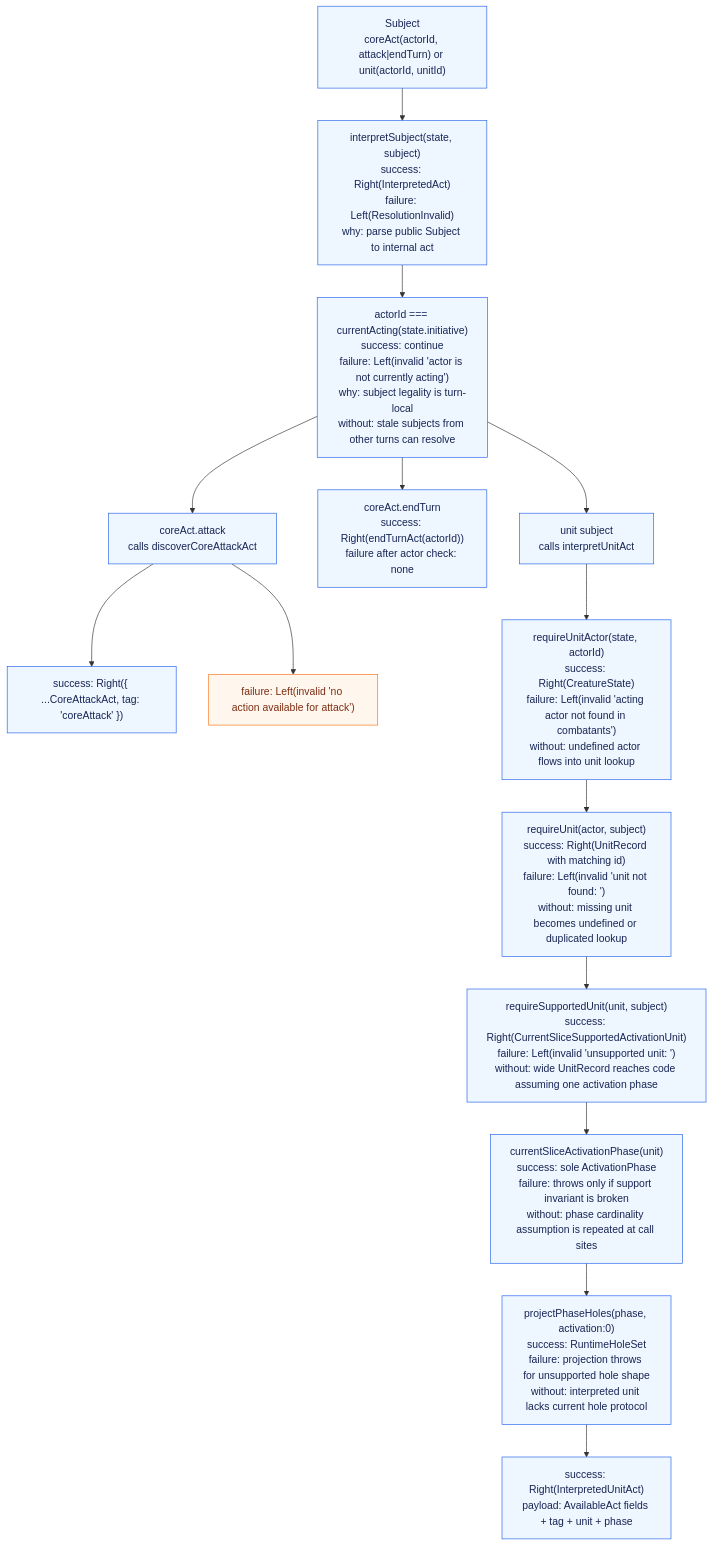
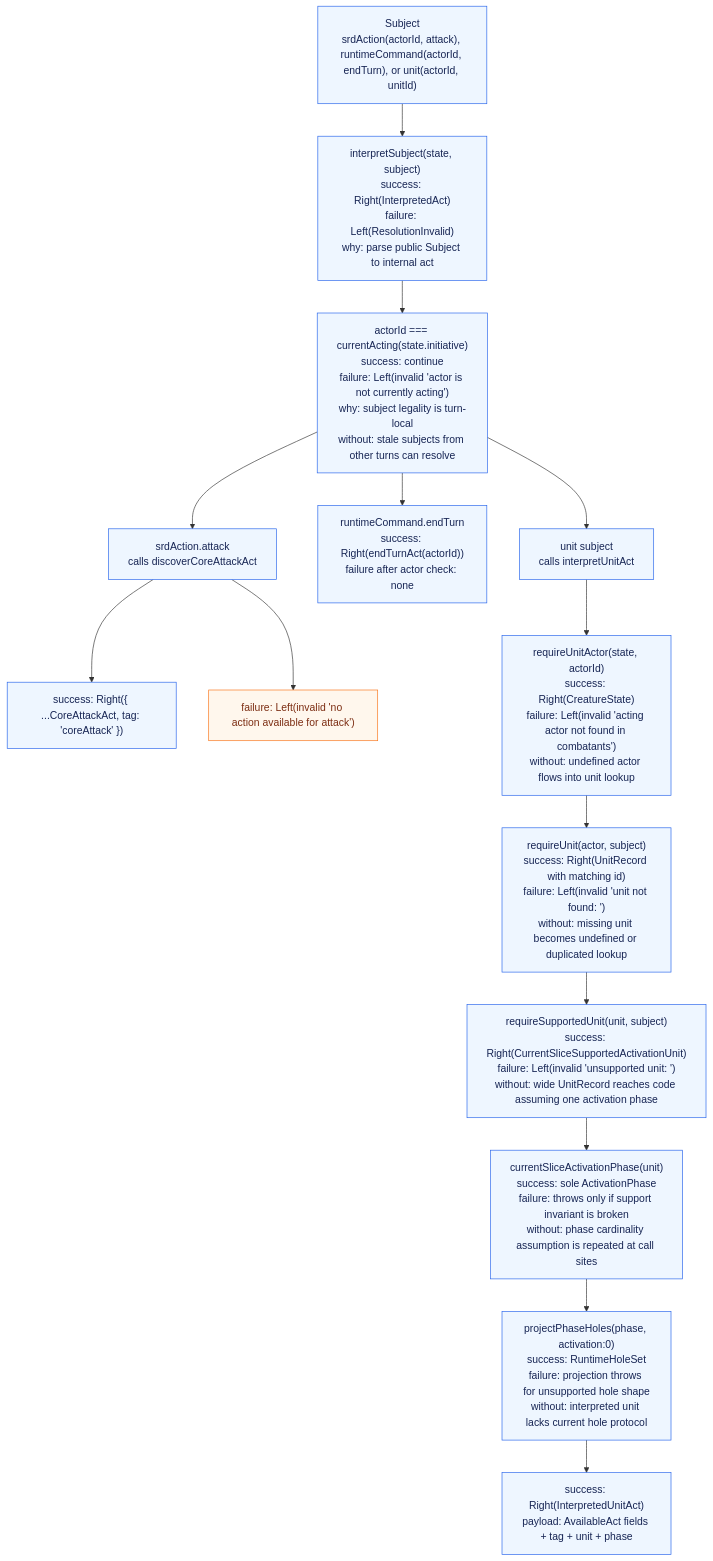
Before and after one commit to dearlordylord/5e-quint: the second of 7 diagrams in packages/surface-runtime-correction/ARCHITECTURE_GRAPH.md, drawn with Mermaid. The commit also changed 23 other files, not shown here.

````diff
--- a/packages/surface-runtime-correction/ARCHITECTURE_GRAPH.md
+++ b/packages/surface-runtime-correction/ARCHITECTURE_GRAPH.md
@@ -89,30 +89,30 @@
 ```mermaid
 flowchart TD
-  Subject["Subject<br/>coreAct(actorId, attack|endTurn) or unit(actorId, unitId)"]
+  Subject["Subject<br/>srdAction(actorId, attack), runtimeCommand(actorId, endTurn), or unit(actorId, unitId)"]
   ActorCheck["actorId === currentActing(state.initiative)<br/>success: continue<br/>failure: Left(invalid 'actor is not currently acting')<br/>why: subject legality is turn-local<br/>without: stale subjects from other turns can resolve"]
   InterpretSubject["interpretSubject(state, subject)<br/>success: Right(InterpretedAct)<br/>failure: Left(ResolutionInvalid)<br/>why: parse public Subject to internal act"]
 
-  CoreAttack["coreAct.attack<br/>calls discoverCoreAttackAct"]
+  CoreAttack["srdAction.attack<br/>calls discoverCoreAttackAct"]
   CoreAttackRight["success: Right({ ...CoreAttackAct, tag: 'coreAttack' })"]
   CoreAttackLeft["failure: Left(invalid 'no action available for attack')"]
-  CoreEndTurn["coreAct.endTurn<br/>success: Right(endTurnAct(actorId))<br/>failure after actor check: none"]
+  CoreEndTurn["runtimeCommand.endTurn<br/>success: Right(endTurnAct(actorId))<br/>failure after actor check: none"]
   UnitSubject["unit subject<br/>calls interpretUnitAct"]
 
   RequireActor["requireUnitActor(state, actorId)<br/>success: Right(CreatureState)<br/>failure: Left(invalid 'acting actor not found in combatants')<br/>without: undefined actor flows into unit lookup"]
   RequireUnit["requireUnit(actor, subject)<br/>success: Right(UnitRecord with matching id)<br/>failure: Left(invalid 'unit not found: <unitId>')<br/>without: missing unit becomes undefined or duplicated lookup"]
   RequireSupported["requireSupportedUnit(unit, subject)<br/>success: Right(CurrentSliceSupportedActivationUnit)<br/>failure: Left(invalid 'unsupported unit: <unitId>')<br/>without: wide UnitRecord reaches code assuming one activation phase"]
   OnePhase["currentSliceActivationPhase(unit)<br/>success: sole ActivationPhase<br/>failure: throws only if support invariant is broken<br/>without: phase cardinality assumption is repeated at call sites"]
   InitialHoles["projectPhaseHoles(phase, activation:0)<br/>success: RuntimeHoleSet<br/>failure: projection throws for unsupported hole shape<br/>without: interpreted unit lacks current hole protocol"]
   UnitRight["success: Right(InterpretedUnitAct)<br/>payload: AvailableAct fields + tag + unit + phase"]
 
   Subject --> InterpretSubject --> ActorCheck
   ActorCheck --> CoreAttack --> CoreAttackRight
   CoreAttack --> CoreAttackLeft
   ActorCheck --> CoreEndTurn
   ActorCheck --> UnitSubject --> RequireActor --> RequireUnit --> RequireSupported --> OnePhase --> InitialHoles --> UnitRight
 
   classDef invalid fill:#fff7ed,stroke:#f97316,color:#7c2d12;
   classDef implemented fill:#eef6ff,stroke:#2563eb,color:#172554;
   class CoreAttackLeft invalid;
   class Subject,ActorCheck,InterpretSubject,CoreAttack,CoreAttackRight,CoreEndTurn,UnitSubject,RequireActor,RequireUnit,RequireSupported,OnePhase,InitialHoles,UnitRight implemented;
 ```
````
